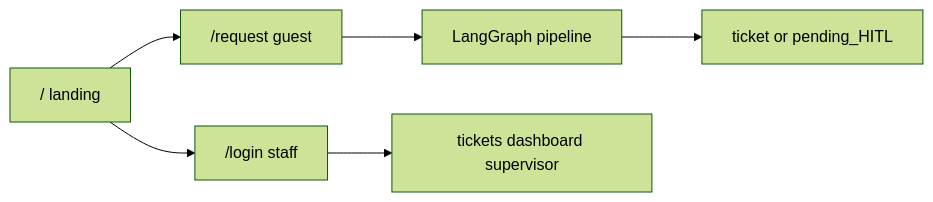
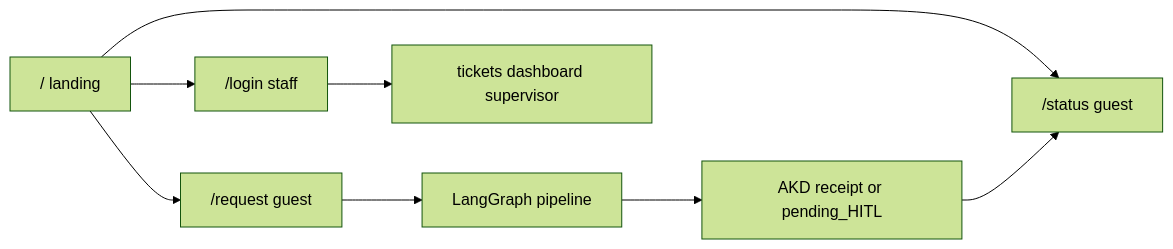
Before and after one commit to Atif1299/alkhidmat-relief-copilot: the diagram in docs/ARCHITECTURE.md, drawn with Mermaid (forest theme). The commit also changed other lines of this file and 30 other files, not shown here.

````diff
--- a/docs/ARCHITECTURE.md
+++ b/docs/ARCHITECTURE.md
@@ -27,8 +27,10 @@
 ```mermaid
 flowchart LR
   Landing["/ landing"] --> Request["/request guest"]
+  Landing --> Status["/status guest"]
   Landing --> Login["/login staff"]
   Request --> Graph["LangGraph pipeline"]
-  Graph --> TicketOrHITL["ticket or pending_HITL"]
+  Graph --> TicketOrHITL["AKD receipt or pending_HITL"]
+  TicketOrHITL --> Status
   Login --> Ops["tickets dashboard supervisor"]
 ```
````
